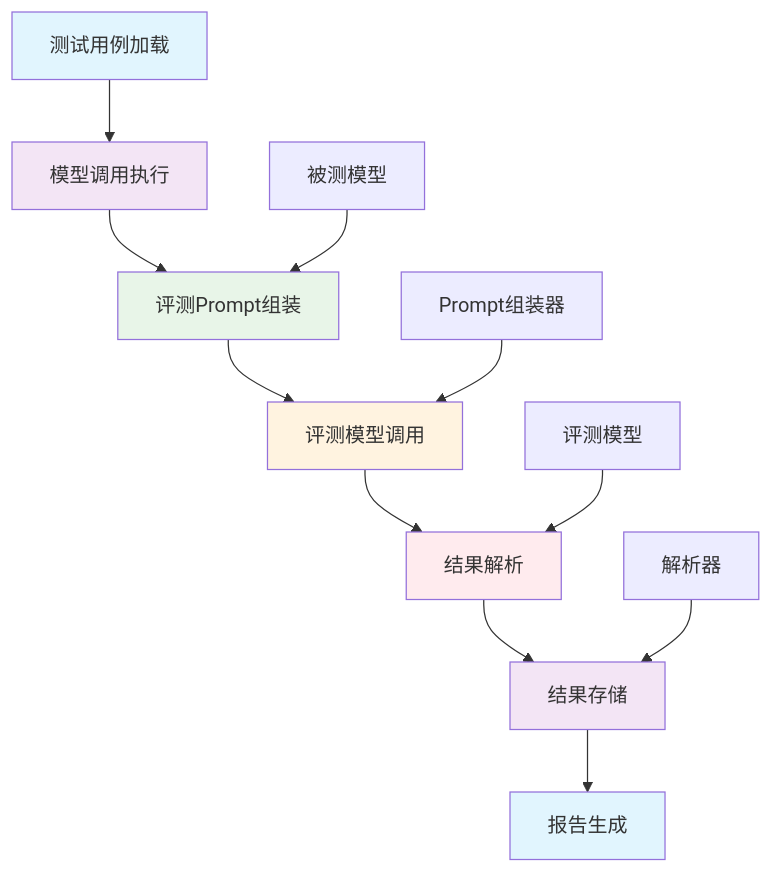
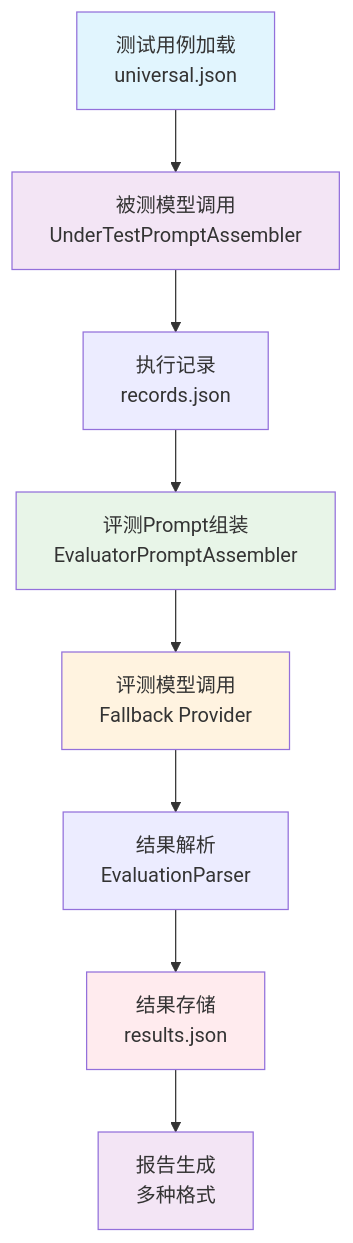
The diagram in knowledge-base/02-技术实现/评测管线实现详解.md (BighuaBighua/llm-testing-portfolio), drawn with Mermaid before and after one commit. The commit also changed other lines of this file and 69 other files, not shown here.

````diff
--- a/knowledge-base/02-技术实现/评测管线实现详解.md
+++ b/knowledge-base/02-技术实现/评测管线实现详解.md
@@ -15,22 +15,17 @@
 ```mermaid
 graph TD
-    A[测试用例加载] --> B[模型调用执行]
-    B --> C[评测Prompt组装]
-    C --> D[评测模型调用]
-    D --> E[结果解析]
-    E --> F[结果存储]
-    F --> G[报告生成]
-    
-    B1[被测模型] --> C
-    C1[Prompt组装器] --> D
-    D1[评测模型] --> E
-    E1[解析器] --> F
-    
+    A[测试用例加载<br/>universal.json] --> B[被测模型调用<br/>UnderTestPromptAssembler]
+    B --> C[执行记录<br/>records.json]
+    C --> D[评测Prompt组装<br/>EvaluatorPromptAssembler]
+    D --> E[评测模型调用<br/>Fallback Provider]
+    E --> F[结果解析<br/>EvaluationParser]
+    F --> G[结果存储<br/>results.json]
+    G --> H[报告生成<br/>多种格式]
+
     style A fill:#e1f5fe
     style B fill:#f3e5f5
-    style C fill:#e8f5e8
-    style D fill:#fff3e0
-    style E fill:#ffebee
-    style F fill:#f3e5f5
-    style G fill:#e1f5fe
+    style D fill:#e8f5e8
+    style E fill:#fff3e0
+    style G fill:#ffebee
+    style H fill:#f3e5f5
 ```
````
